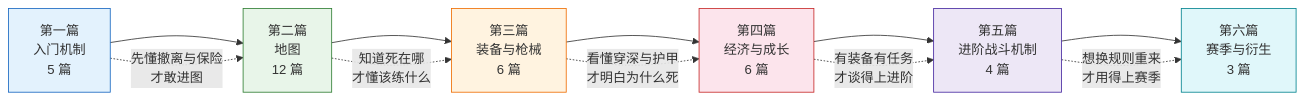
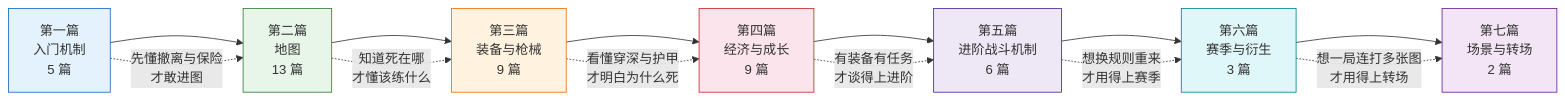
Before and after one commit to GTX950L/tarkov-encyclopedia: the diagram in content/README.md, drawn with Mermaid. The commit also changed other lines of this file and 54 other files, not shown here.

````diff
--- a/content/README.md
+++ b/content/README.md
@@ -16,21 +16,24 @@
 ```mermaid
 flowchart LR
-    A[第一篇<br/>入门机制<br/>5 篇] --> B[第二篇<br/>地图<br/>12 篇]
-    B --> C[第三篇<br/>装备与枪械<br/>6 篇]
-    C --> D[第四篇<br/>经济与成长<br/>6 篇]
-    D --> E[第五篇<br/>进阶战斗机制<br/>4 篇]
+    A[第一篇<br/>入门机制<br/>5 篇] --> B[第二篇<br/>地图<br/>13 篇]
+    B --> C[第三篇<br/>装备与枪械<br/>9 篇]
+    C --> D[第四篇<br/>经济与成长<br/>9 篇]
+    D --> E[第五篇<br/>进阶战斗机制<br/>6 篇]
     E --> F[第六篇<br/>赛季与衍生<br/>3 篇]
+    F --> G[第七篇<br/>场景与转场<br/>2 篇]
 
     A -. 先懂撤离与保险<br/>才敢进图 .-> B
     B -. 知道死在哪<br/>才懂该练什么 .-> C
     C -. 看懂穿深与护甲<br/>才明白为什么死 .-> D
     D -. 有装备有任务<br/>才谈得上进阶 .-> E
     E -. 想换规则重来<br/>才用得上赛季 .-> F
+    F -. 想一局连打多张图<br/>才用得上转场 .-> G
 
     style A fill:#e3f2fd,stroke:#1565c0
     style B fill:#e8f5e9,stroke:#2e7d32
     style C fill:#fff3e0,stroke:#ef6c00
     style D fill:#fce4ec,stroke:#c62828
     style E fill:#ede7f6,stroke:#4527a0
     style F fill:#e0f7fa,stroke:#00838f
+    style G fill:#f3e5f5,stroke:#6a1b9a
 ```
````
